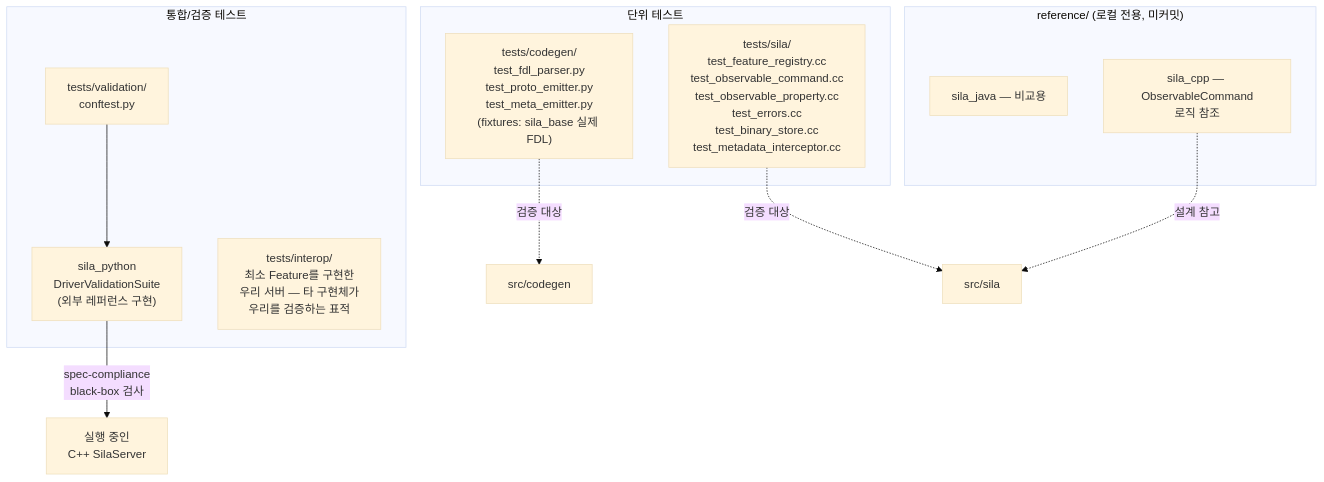
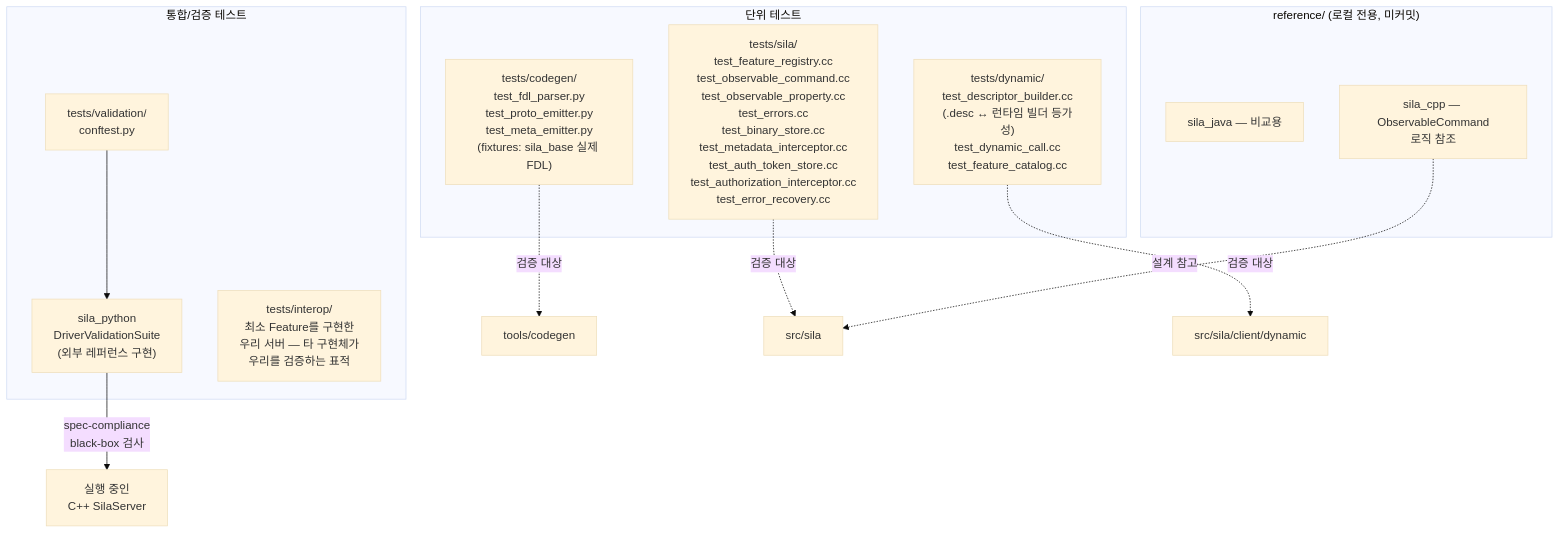
Diagram 13 of 13 in reference/architecture.md (Yeounui/sila_cpp_r), drawn with Mermaid (base theme) before and after one commit. The commit also changed other lines of this file and 1 other file, not shown here.

First line of the commit message:
Promote auth, error recovery, and binary resume into implementation scope

````diff
--- a/reference/architecture.md
+++ b/reference/architecture.md
@@ -378,24 +695,26 @@
 ```mermaid
 flowchart TB
     subgraph unit["단위 테스트"]
         T1["tests/codegen/<br/>test_fdl_parser.py<br/>test_proto_emitter.py<br/>test_meta_emitter.py<br/>(fixtures: sila_base 실제 FDL)"]
-        T2["tests/sila/<br/>test_feature_registry.cc<br/>test_observable_command.cc<br/>test_observable_property.cc<br/>test_errors.cc<br/>test_binary_store.cc<br/>test_metadata_interceptor.cc"]
+        T2["tests/sila/<br/>test_feature_registry.cc<br/>test_observable_command.cc<br/>test_observable_property.cc<br/>test_errors.cc<br/>test_binary_store.cc<br/>test_metadata_interceptor.cc<br/>test_auth_token_store.cc<br/>test_authorization_interceptor.cc<br/>test_error_recovery.cc"]
+        T5["tests/dynamic/<br/>test_descriptor_builder.cc<br/>(.desc ↔ 런타임 빌더 등가성)<br/>test_dynamic_call.cc<br/>test_feature_catalog.cc"]
     end
 
     subgraph validation["통합/검증 테스트"]
         T3["tests/validation/<br/>conftest.py"]
         SilaPython["sila_python<br/>DriverValidationSuite<br/>(외부 레퍼런스 구현)"]
         T4["tests/interop/<br/>최소 Feature를 구현한<br/>우리 서버 — 타 구현체가<br/>우리를 검증하는 표적"]
     end
 
     subgraph refs["reference/ (로컬 전용, 미커밋)"]
         R1["sila_java — 비교용"]
         R2["sila_cpp — ObservableCommand<br/>로직 참조"]
     end
 
-    T1 -.검증 대상.-> Codegen2["src/codegen"]
+    T1 -.검증 대상.-> Codegen2["tools/codegen"]
     T2 -.검증 대상.-> Core["src/sila"]
+    T5 -.검증 대상.-> Dyn2["src/sila/client/dynamic"]
     T3 --> SilaPython
     SilaPython -- "spec-compliance<br/>black-box 검사" --> RunningServer["실행 중인<br/>C++ SilaServer"]
     R2 -.설계 참고.-> Core
 ```
````
